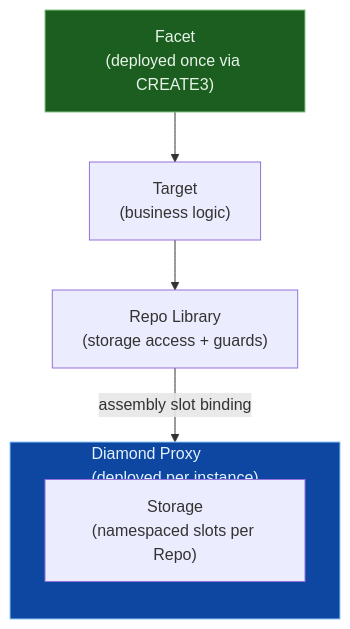
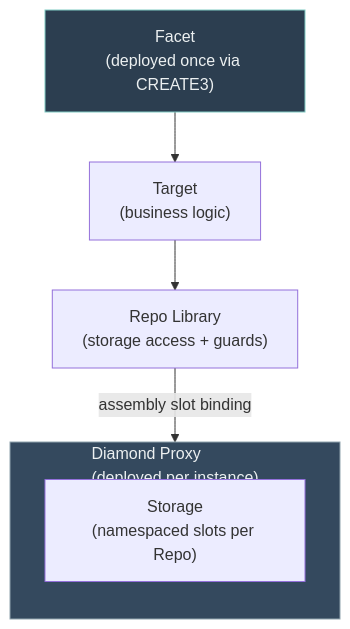
One commit to cyotee/crane changed the diagram in docs/concepts/facet-target-repo.md. Above: the diagram before and after it, drawn with Mermaid. The commit also changed 5 other files, not shown here.

First line of the commit message:
docs: dark-theme Mermaid colors (readable facet labels)

````diff
--- a/docs/concepts/facet-target-repo.md
+++ b/docs/concepts/facet-target-repo.md
@@ -13,16 +13,16 @@
 ```mermaid
 flowchart TB
     subgraph Proxy["Diamond Proxy<br/>(deployed per instance)"]
         direction TB
         Storage["Storage<br/>(namespaced slots per Repo)"]
     end
 
     Facet["Facet<br/>(deployed once via CREATE3)"] --> Target["Target<br/>(business logic)"]
     Target --> Repo["Repo Library<br/>(storage access + guards)"]
     Repo -->|assembly slot binding| Storage
 
-    classDef deployed fill:#1b5e20,stroke:#81c784,color:#e8f5e9
-    classDef proxy fill:#0d47a1,stroke:#90caf9,color:#e3f2fd
+    classDef deployed fill:#2c3e50,stroke:#80cbc4,color:#ecf0f1
+    classDef proxy fill:#34495e,stroke:#90a4ae,color:#ecf0f1
     class Facet deployed
     class Proxy proxy
 ```
````
